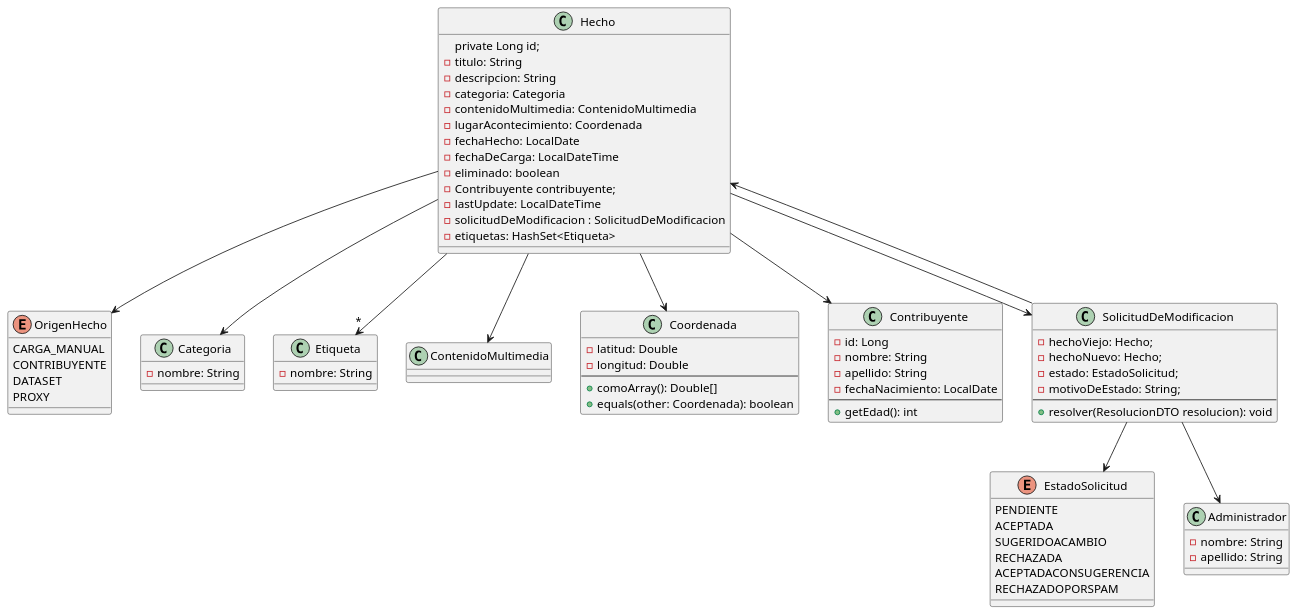
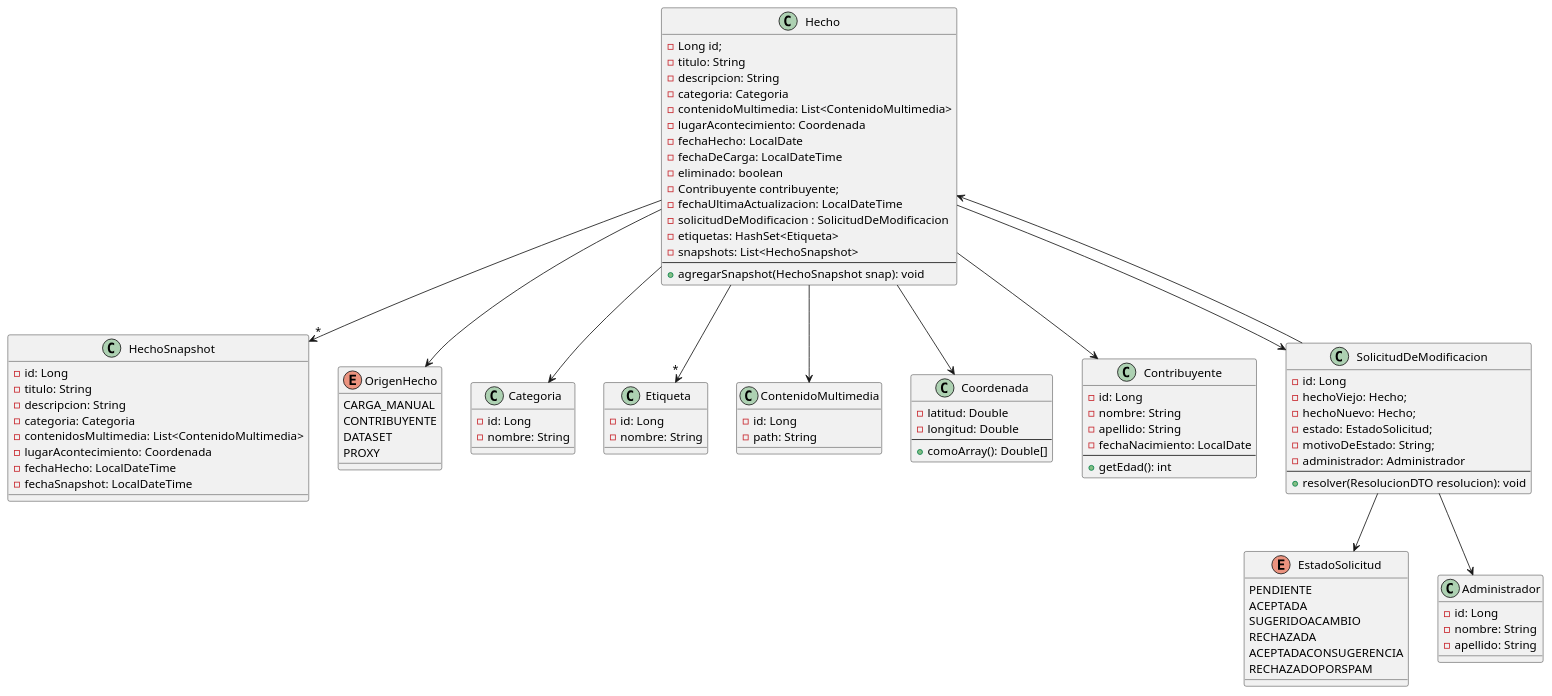
One commit to faustorod1/MetaMapa changed the diagram in fuente-dinamica/ddcFuenteDinamica.puml. Above: the diagram before and after it, drawn with PlantUML. The commit also changed 15 other files, not shown here.

```diff
--- a/fuente-dinamica/ddcFuenteDinamica.puml
+++ b/fuente-dinamica/ddcFuenteDinamica.puml
@@ -1,90 +1,111 @@
 @startuml
 
 class Hecho{
-private Long id;
-    - titulo: String
-    - descripcion: String
-    - categoria: Categoria
-    - contenidoMultimedia: ContenidoMultimedia
-    - lugarAcontecimiento: Coordenada
-    - fechaHecho: LocalDate
-    - fechaDeCarga: LocalDateTime
-    - eliminado: boolean
-    - Contribuyente contribuyente;
-    - lastUpdate: LocalDateTime
-    - solicitudDeModificacion : SolicitudDeModificacion
-    - etiquetas: HashSet<Etiqueta>
+- Long id;
+- titulo: String
+- descripcion: String
+- categoria: Categoria
+- contenidoMultimedia: List<ContenidoMultimedia>
+- lugarAcontecimiento: Coordenada
+- fechaHecho: LocalDate
+- fechaDeCarga: LocalDateTime
+- eliminado: boolean
+- Contribuyente contribuyente;
+- fechaUltimaActualizacion: LocalDateTime
+- solicitudDeModificacion : SolicitudDeModificacion
+- etiquetas: HashSet<Etiqueta>
+- snapshots: List<HechoSnapshot>
+--
++ agregarSnapshot(HechoSnapshot snap): void
+}
+
+class HechoSnapshot{
+- id: Long
+- titulo: String
+- descripcion: String
+- categoria: Categoria
+- contenidosMultimedia: List<ContenidoMultimedia>
+- lugarAcontecimiento: Coordenada
+- fechaHecho: LocalDateTime
+- fechaSnapshot: LocalDateTime
 }
 
 enum OrigenHecho{
 CARGA_MANUAL
 CONTRIBUYENTE
 DATASET
 PROXY
 }
 
 class Categoria{
+- id: Long
 - nombre: String
 }
 
 class Etiqueta{
+- id: Long
 - nombre: String
 }
 
 class ContenidoMultimedia{
+- id: Long
+- path: String
 }
 
 enum EstadoSolicitud {
     PENDIENTE
     ACEPTADA
     SUGERIDOACAMBIO
     RECHAZADA
     ACEPTADACONSUGERENCIA
     RECHAZADOPORSPAM
 }
 
 
 class Coordenada{
 - latitud: Double
 - longitud: Double
 --
 + comoArray(): Double[]
-+ equals(other: Coordenada): boolean
 }
 
 class Administrador{
+- id: Long
 - nombre: String
 - apellido: String
 }
 
 class Contribuyente{
 - id: Long
 - nombre: String
 - apellido: String
 - fechaNacimiento: LocalDate
 --
 + getEdad(): int
 }
 
 class SolicitudDeModificacion {
+- id: Long
 - hechoViejo: Hecho;
 - hechoNuevo: Hecho;
 - estado: EstadoSolicitud;
 - motivoDeEstado: String;
+- administrador: Administrador
 --
 + resolver(ResolucionDTO resolucion): void
 }
 
+Hecho -->"*" HechoSnapshot
 Hecho --> Categoria
 Hecho --> ContenidoMultimedia
 Hecho --> OrigenHecho
 Hecho --> Coordenada
 Hecho --> Contribuyente
 Hecho --> SolicitudDeModificacion
 Hecho -->"*" Etiqueta
 
 SolicitudDeModificacion --> Hecho
 SolicitudDeModificacion --> EstadoSolicitud
 SolicitudDeModificacion --> Administrador
 
 @enduml
```
